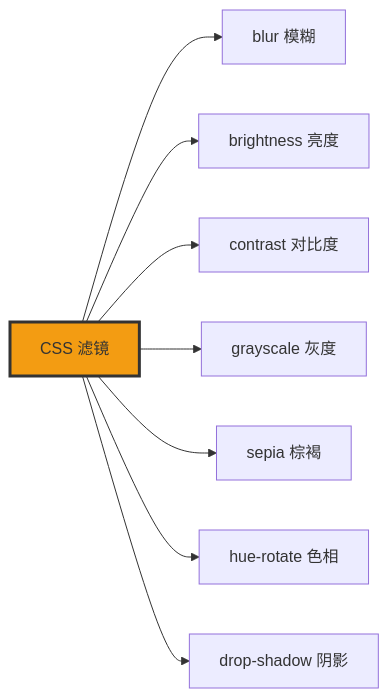
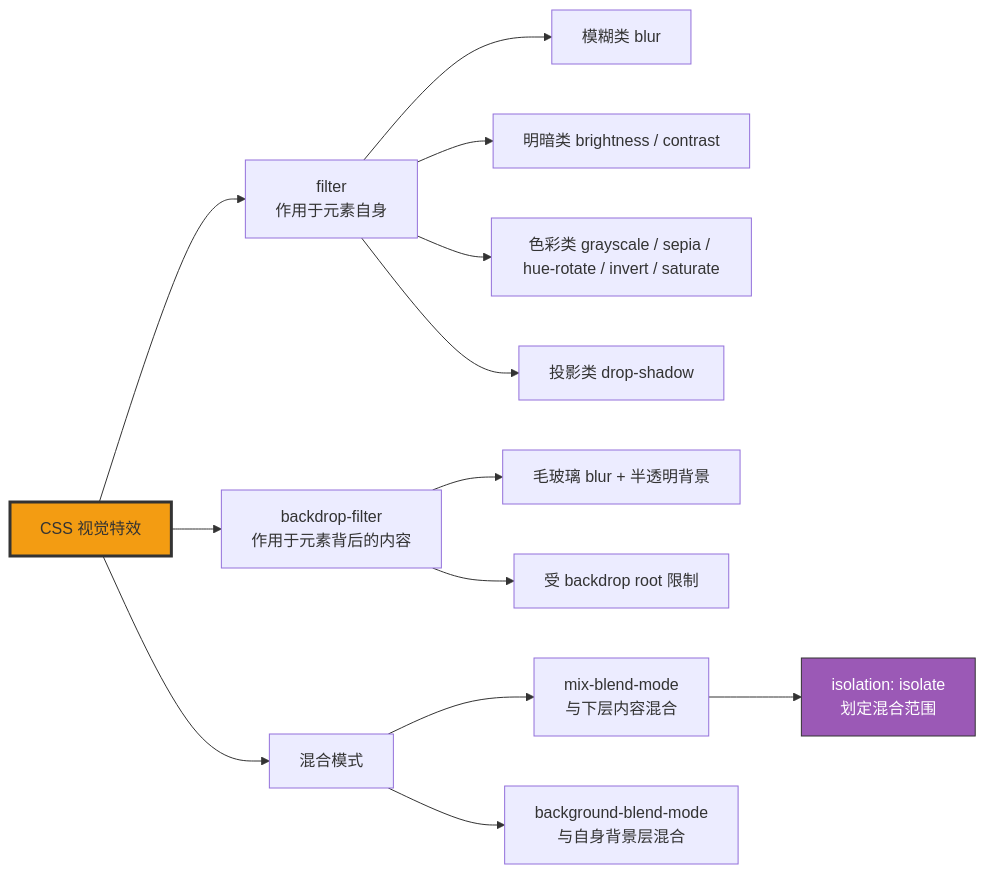
Before and after one commit to before80/prgms: the diagram in content/CSS/basic/Chapter-31-Filter-and-Blend-Modes.md, drawn with Mermaid. The commit also changed other lines of this file and 1645 other files, not shown here.

````diff
--- a/content/CSS/basic/Chapter-31-Filter-and-Blend-Modes.md
+++ b/content/CSS/basic/Chapter-31-Filter-and-Blend-Modes.md
@@ -620,12 +1062,21 @@
 ```mermaid
 graph LR
-    A["CSS 滤镜"] --> B["blur 模糊"]
-    A --> C["brightness 亮度"]
-    A --> D["contrast 对比度"]
-    A --> E["grayscale 灰度"]
-    A --> F["sepia 棕褐"]
-    A --> G["hue-rotate 色相"]
-    A --> H["drop-shadow 阴影"]
+    A["CSS 视觉特效"] --> B["filter<br/>作用于元素自身"]
+    A --> C["backdrop-filter<br/>作用于元素背后的内容"]
+    A --> D["混合模式"]
+
+    B --> B1["模糊类 blur"]
+    B --> B2["明暗类 brightness / contrast"]
+    B --> B3["色彩类 grayscale / sepia / hue-rotate / invert / saturate"]
+    B --> B4["投影类 drop-shadow"]
+
+    C --> C1["毛玻璃 blur + 半透明背景"]
+    C --> C2["受 backdrop root 限制"]
+
+    D --> D1["mix-blend-mode<br/>与下层内容混合"]
+    D --> D2["background-blend-mode<br/>与自身背景层混合"]
+    D1 --> D3["isolation: isolate<br/>划定混合范围"]
 
     style A fill:#f39c12,stroke:#333,stroke-width:3px
+    style D3 fill:#9b59b6,stroke:#333,color:#fff
 ```
````
